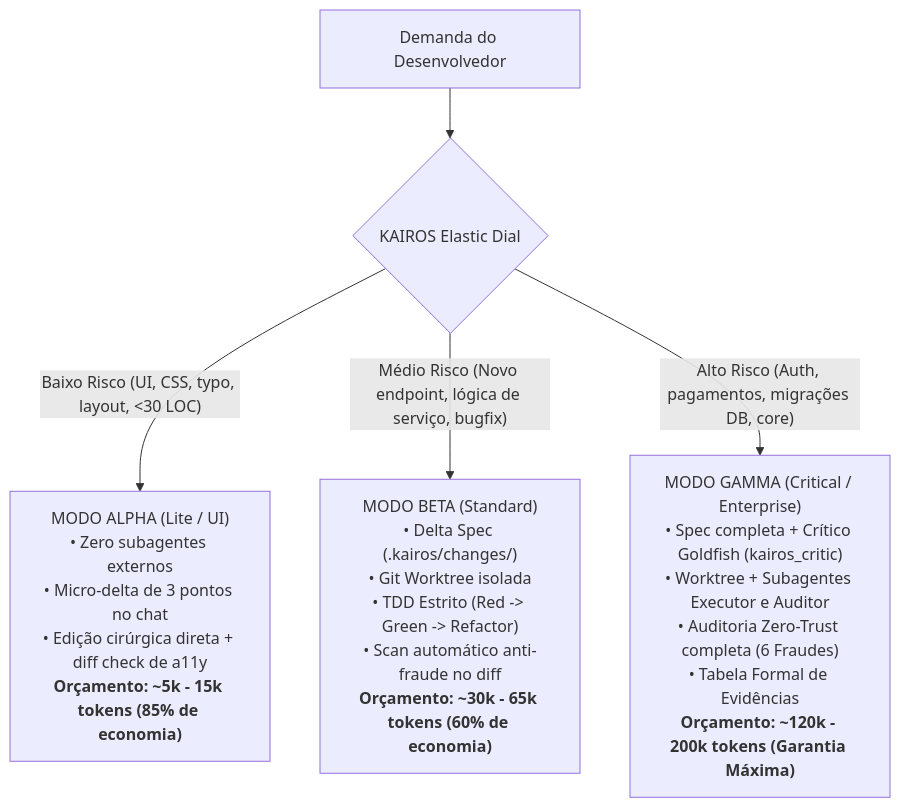
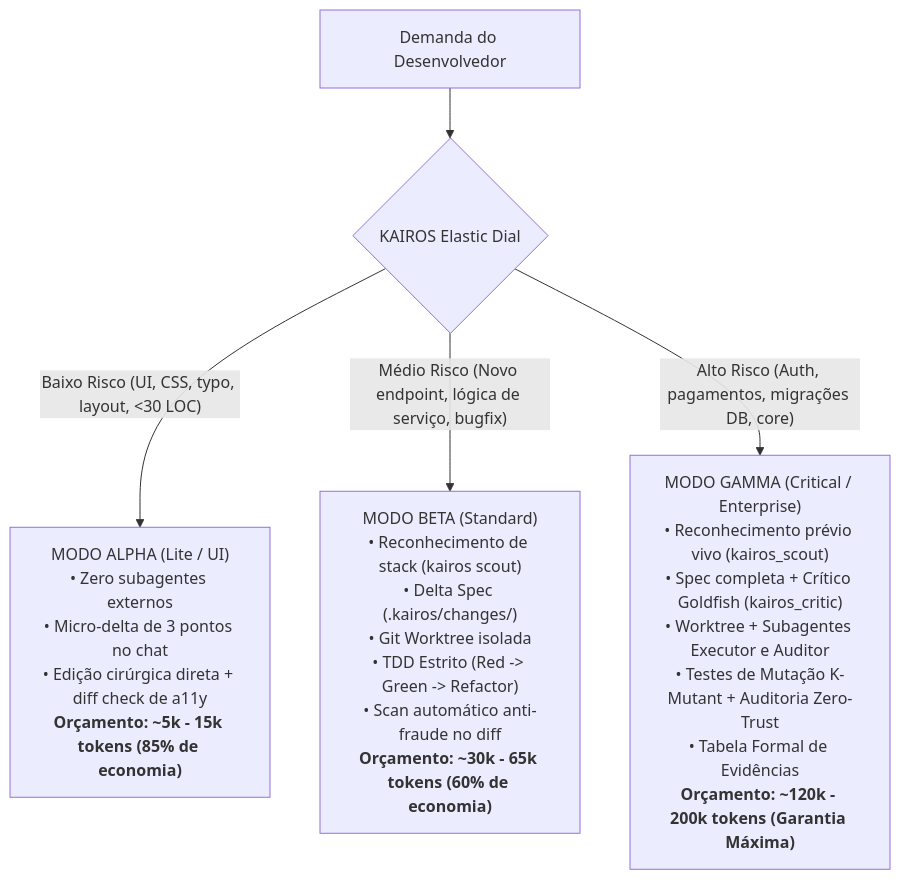
The diagram in README.pt-br.md (ismaelsoilet/kairos-framework), drawn with Mermaid before and after one commit. The commit also changed other lines of this file and 4 other files, not shown here.

Commit message:
docs(modernization): update master READMEs, architecture blueprints, and CLI reference with full 9-stage SDLC and tech scout engine

````diff
--- a/README.pt-br.md
+++ b/README.pt-br.md
@@ -70,10 +76,10 @@
 ```mermaid
 flowchart TD
     IN["Demanda do Desenvolvedor"] --> DIAL{"KAIROS Elastic Dial"}
 
     DIAL -- "Baixo Risco (UI, CSS, typo, layout, <30 LOC)" --> A["MODO ALPHA (Lite / UI)<br/>• Zero subagentes externos<br/>• Micro-delta de 3 pontos no chat<br/>• Edição cirúrgica direta + diff check de a11y<br/><b>Orçamento: ~5k - 15k tokens (85% de economia)</b>"]
     
-    DIAL -- "Médio Risco (Novo endpoint, lógica de serviço, bugfix)" --> B["MODO BETA (Standard)<br/>• Delta Spec (.kairos/changes/)<br/>• Git Worktree isolada<br/>• TDD Estrito (Red -> Green -> Refactor)<br/>• Scan automático anti-fraude no diff<br/><b>Orçamento: ~30k - 65k tokens (60% de economia)</b>"]
+    DIAL -- "Médio Risco (Novo endpoint, lógica de serviço, bugfix)" --> B["MODO BETA (Standard)<br/>• Reconhecimento de stack (kairos scout)<br/>• Delta Spec (.kairos/changes/)<br/>• Git Worktree isolada<br/>• TDD Estrito (Red -> Green -> Refactor)<br/>• Scan automático anti-fraude no diff<br/><b>Orçamento: ~30k - 65k tokens (60% de economia)</b>"]
     
-    DIAL -- "Alto Risco (Auth, pagamentos, migrações DB, core)" --> C["MODO GAMMA (Critical / Enterprise)<br/>• Spec completa + Crítico Goldfish (kairos_critic)<br/>• Worktree + Subagentes Executor e Auditor<br/>• Auditoria Zero-Trust completa (6 Fraudes)<br/>• Tabela Formal de Evidências<br/><b>Orçamento: ~120k - 200k tokens (Garantia Máxima)</b>"]
+    DIAL -- "Alto Risco (Auth, pagamentos, migrações DB, core)" --> C["MODO GAMMA (Critical / Enterprise)<br/>• Reconhecimento prévio vivo (kairos_scout)<br/>• Spec completa + Crítico Goldfish (kairos_critic)<br/>• Worktree + Subagentes Executor e Auditor<br/>• Testes de Mutação K-Mutant + Auditoria Zero-Trust<br/>• Tabela Formal de Evidências<br/><b>Orçamento: ~120k - 200k tokens (Garantia Máxima)</b>"]
 ```
````
